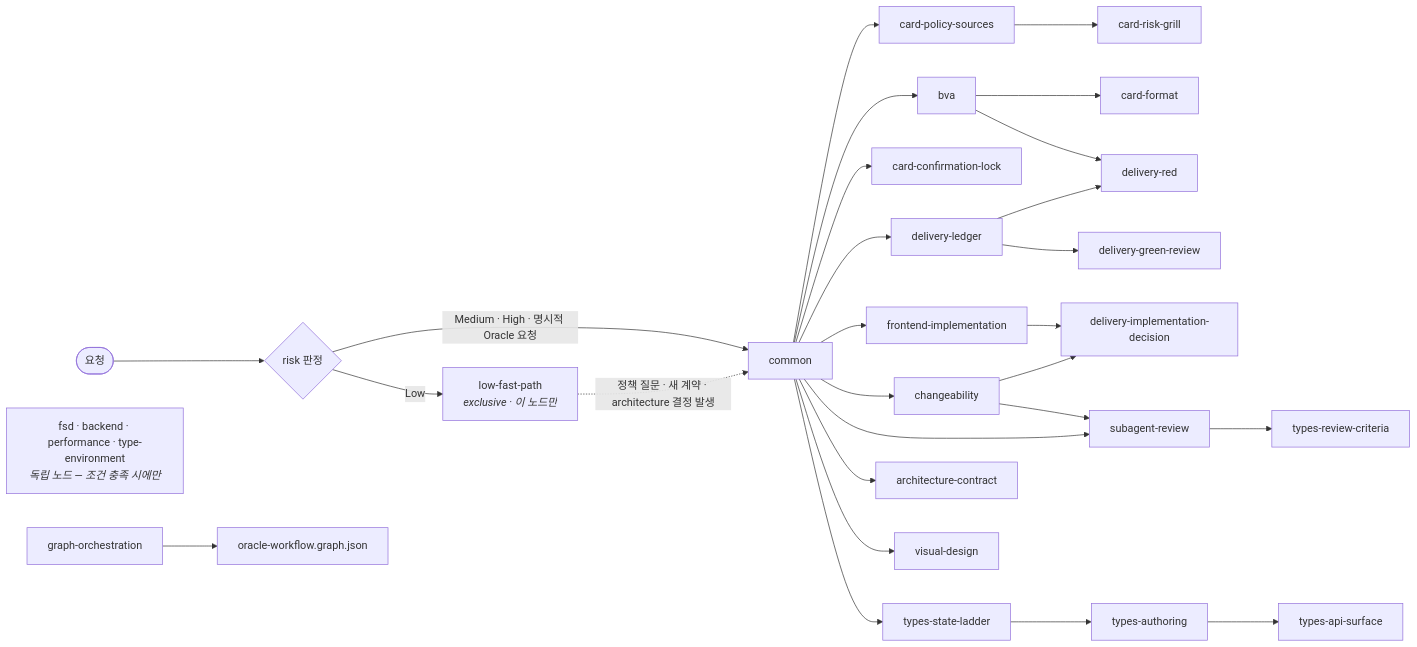
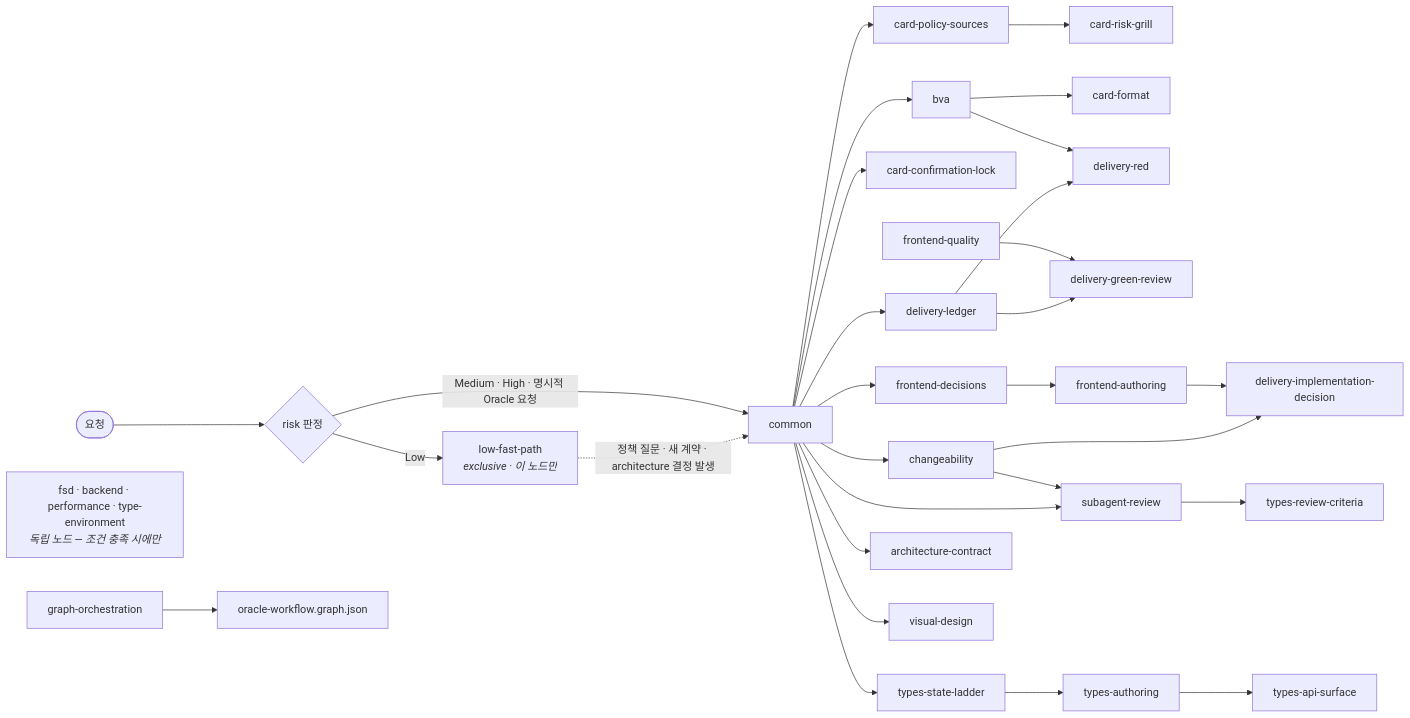
Before and after one commit to lodado/shareds: the third of 3 diagrams in packages/frontend-oracle-design/skills/README.md, drawn with Mermaid. The commit also changed 14 other files, not shown here.

First line of the commit message:
refactor(frontend-oracle-design): split the frontend implementation reference by load moment

````diff
--- a/packages/frontend-oracle-design/skills/README.md
+++ b/packages/frontend-oracle-design/skills/README.md
@@ -111,26 +111,27 @@
 ```mermaid
 flowchart LR
   START(["요청"]) --> RISK{"risk 판정"}
   RISK -->|"Low"| LFP["low-fast-path<br/><i>exclusive · 이 노드만</i>"]
   LFP -.->|"정책 질문 · 새 계약 · architecture 결정 발생"| COMMON
   RISK -->|"Medium · High · 명시적 Oracle 요청"| COMMON["common"]
 
   COMMON --> CPS["card-policy-sources"] --> CRG["card-risk-grill"]
   COMMON --> BVA["bva"] --> CF["card-format"]
   COMMON --> CCL["card-confirmation-lock"]
   COMMON --> DL["delivery-ledger"]
   DL --> DR["delivery-red"]
   BVA --> DR
   DL --> DGR["delivery-green-review"]
   COMMON --> CH["changeability"]
-  COMMON --> FI["frontend-implementation"]
+  COMMON --> FD["frontend-decisions"] --> FA["frontend-authoring"]
+  FQ["frontend-quality"] --> DGR
   CH --> DID["delivery-implementation-decision"]
-  FI --> DID
+  FA --> DID
   COMMON --> SR2["subagent-review"] --> TRC["types-review-criteria"]
   CH --> SR2
   COMMON --> TSL["types-state-ladder"] --> TA["types-authoring"] --> TAS["types-api-surface"]
   COMMON --> AC["architecture-contract"]
   COMMON --> VD["visual-design"]
   IND["fsd · backend · performance · type-environment<br/><i>독립 노드 — 조건 충족 시에만</i>"]
   GO["graph-orchestration"] --> OWG["oracle-workflow.graph.json"]
 ```
````
